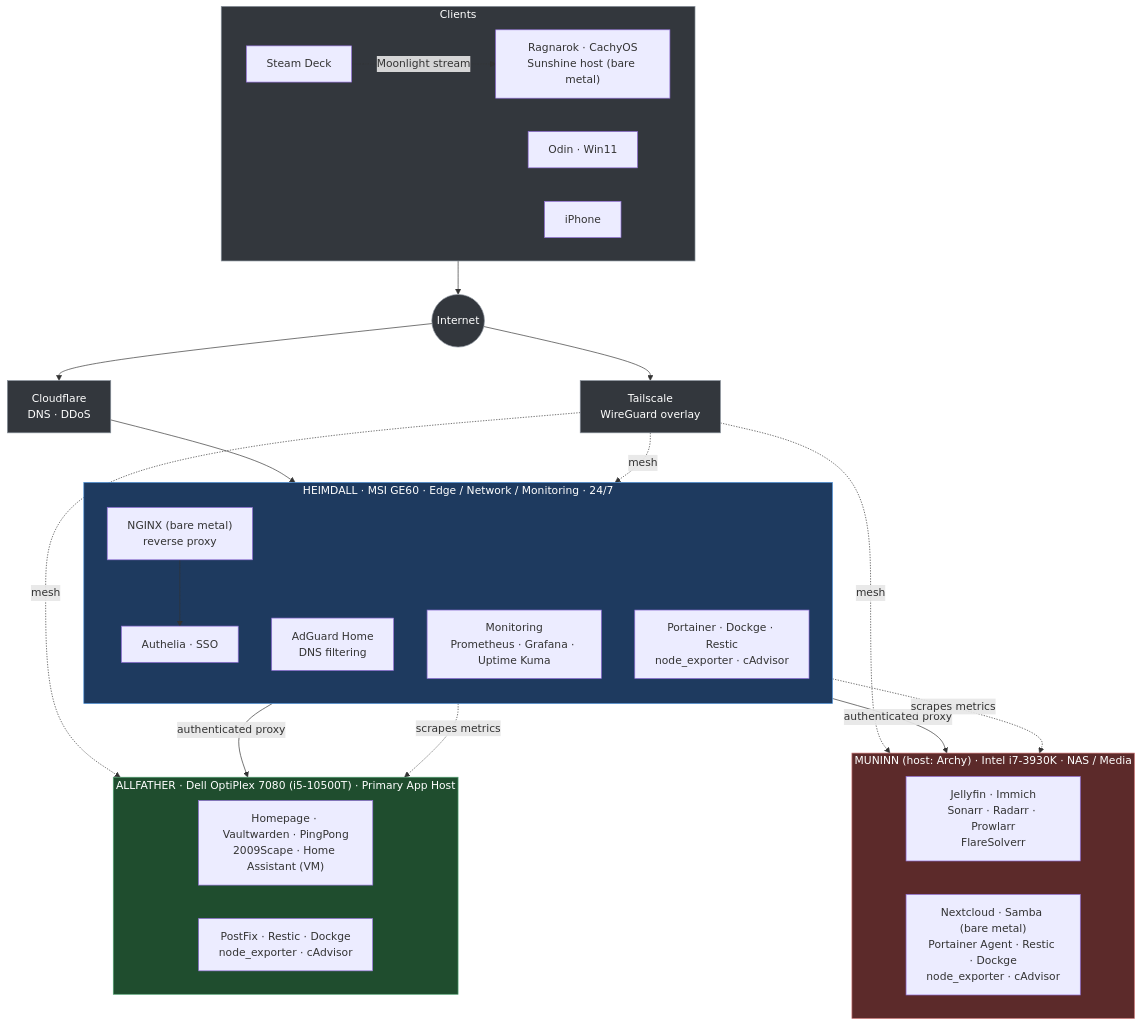
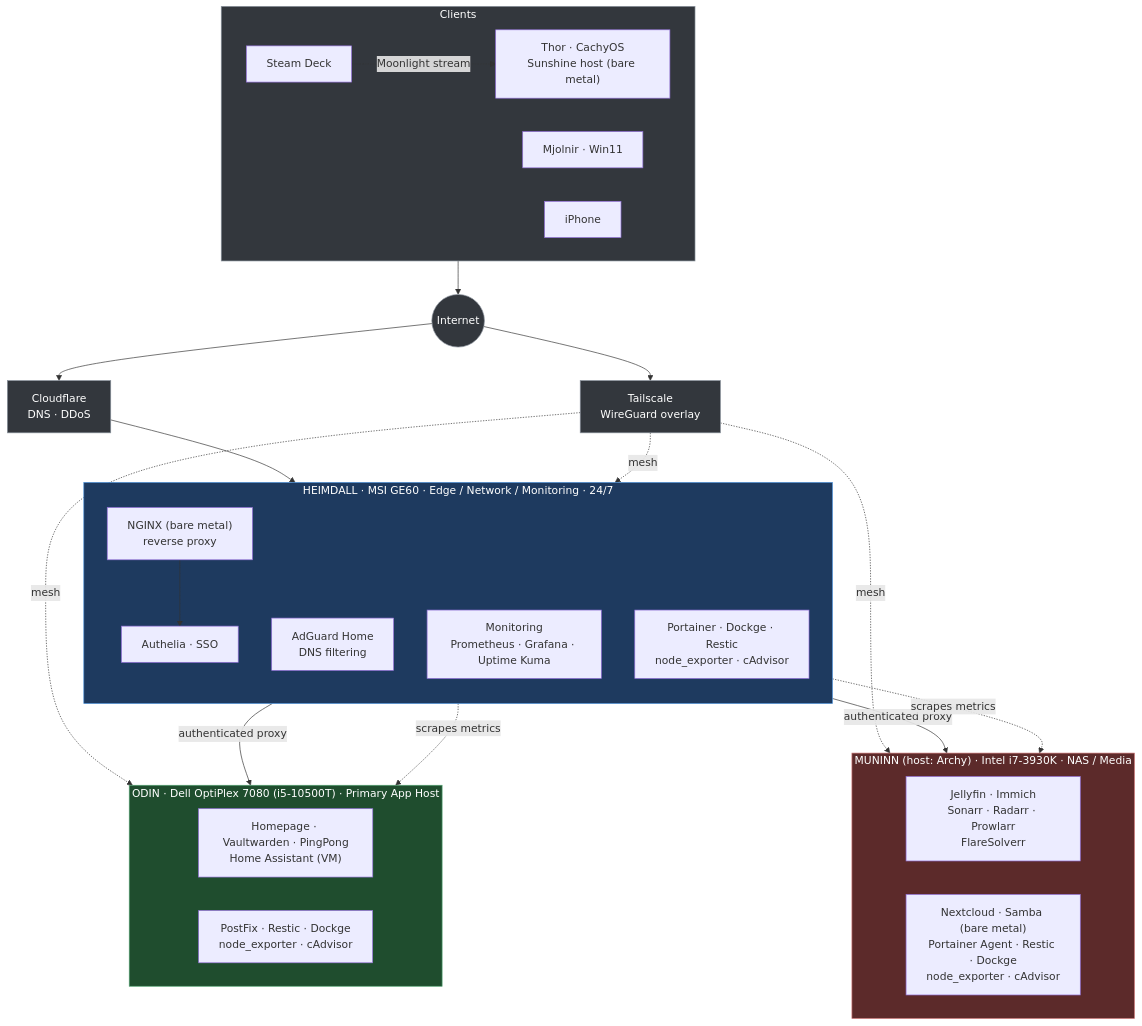
The diagram in README.md (bjschnell/NoPlaceLikeHomelab), drawn with Mermaid before and after one commit. The commit also changed other lines of this file and 27 other files, not shown here.

````diff
--- a/README.md
+++ b/README.md
@@ -43,53 +43,53 @@
 ```mermaid
 graph TB
     subgraph Clients["Clients"]
         direction LR
-        Ragnarok["Ragnarok · CachyOS<br/>Sunshine host (bare metal)"]
-        Odin["Odin · Win11"]
+        Thor["Thor · CachyOS<br/>Sunshine host (bare metal)"]
+        Mjolnir["Mjolnir · Win11"]
         SteamDeck["Steam Deck"]
         iPhone["iPhone"]
     end
 
     Clients --> Internet(("Internet"))
     Internet --> Cloudflare["Cloudflare<br/>DNS · DDoS"]
     Internet --> Tailscale["Tailscale<br/>WireGuard overlay"]
     Cloudflare --> NGINX
 
     subgraph Heimdall["HEIMDALL · MSI GE60 · Edge / Network / Monitoring · 24/7"]
         direction TB
         NGINX["NGINX (bare metal)<br/>reverse proxy"] --> Authelia["Authelia · SSO"]
         AdGuard["AdGuard Home<br/>DNS filtering"]
         Obs["Monitoring<br/>Prometheus · Grafana · Uptime Kuma"]
         Mgmt_H["Portainer · Dockge · Restic<br/>node_exporter · cAdvisor"]
     end
 
-    subgraph Allfather["ALLFATHER · Dell OptiPlex 7080 (i5-10500T) · Primary App Host"]
+    subgraph Odin["ODIN · Dell OptiPlex 7080 (i5-10500T) · Primary App Host"]
         direction LR
-        A_apps["Homepage · Vaultwarden · PingPong<br/>2009Scape · Home Assistant (VM)"]
+        A_apps["Homepage · Vaultwarden · PingPong<br/>Home Assistant (VM)"]
         A_mgmt["PostFix · Restic · Dockge<br/>node_exporter · cAdvisor"]
     end
 
     subgraph Muninn["MUNINN (host: Archy) · Intel i7-3930K · NAS / Media"]
         direction LR
         M_media["Jellyfin · Immich<br/>Sonarr · Radarr · Prowlarr<br/>FlareSolverr"]
         M_store["Nextcloud · Samba (bare metal)<br/>Portainer Agent · Restic · Dockge<br/>node_exporter · cAdvisor"]
     end
 
-    Authelia -- authenticated proxy --> Allfather
+    Authelia -- authenticated proxy --> Odin
     Authelia -- authenticated proxy --> Muninn
     Tailscale -. mesh .-> Heimdall
-    Tailscale -. mesh .-> Allfather
+    Tailscale -. mesh .-> Odin
     Tailscale -. mesh .-> Muninn
-    Obs -. scrapes metrics .-> Allfather
+    Obs -. scrapes metrics .-> Odin
     Obs -. scrapes metrics .-> Muninn
-    SteamDeck -. Moonlight stream .-> Ragnarok
+    SteamDeck -. Moonlight stream .-> Thor
 
     classDef edge fill:#1e3a5f,stroke:#4a90d9,color:#fff;
     classDef app fill:#1f4d2e,stroke:#52a373,color:#fff;
     classDef nas fill:#5c2a2a,stroke:#c97070,color:#fff;
     classDef net fill:#33373d,stroke:#8a929c,color:#fff;
     class Heimdall edge;
-    class Allfather app;
+    class Odin app;
     class Muninn nas;
     class Cloudflare,Tailscale,Internet,Clients net;
 ```
````
